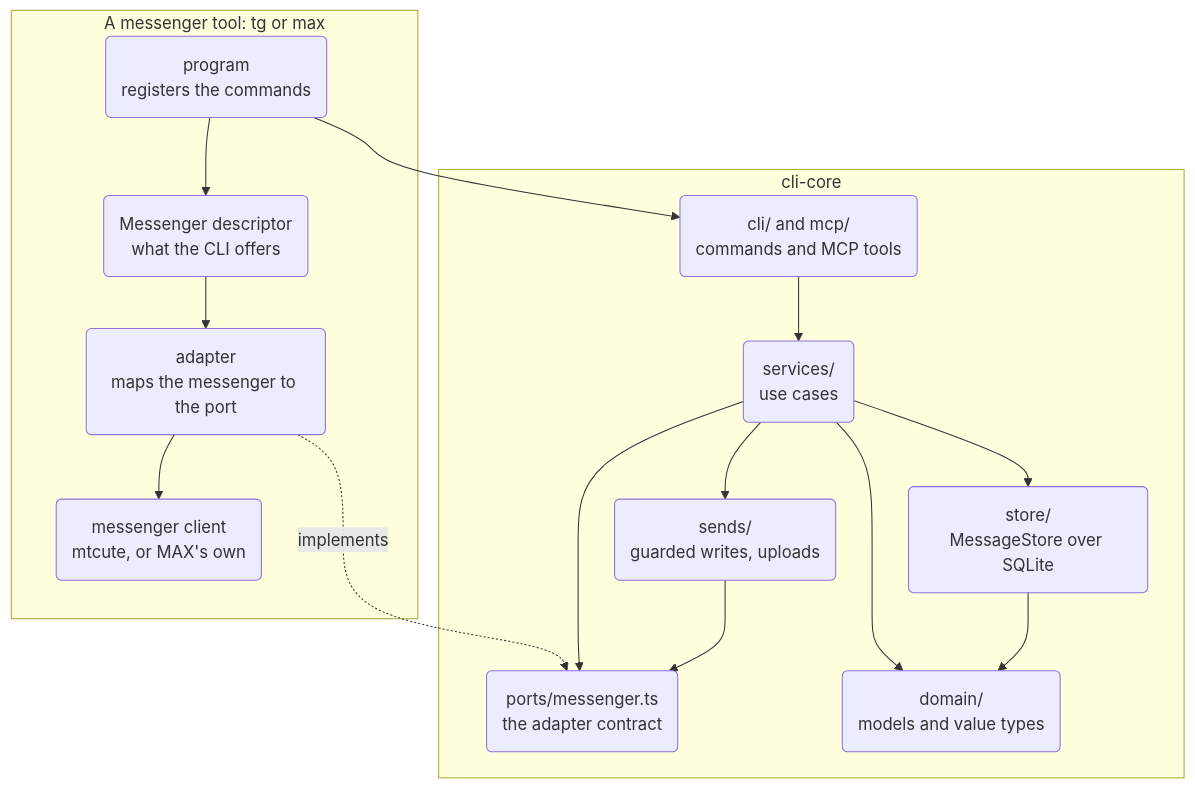
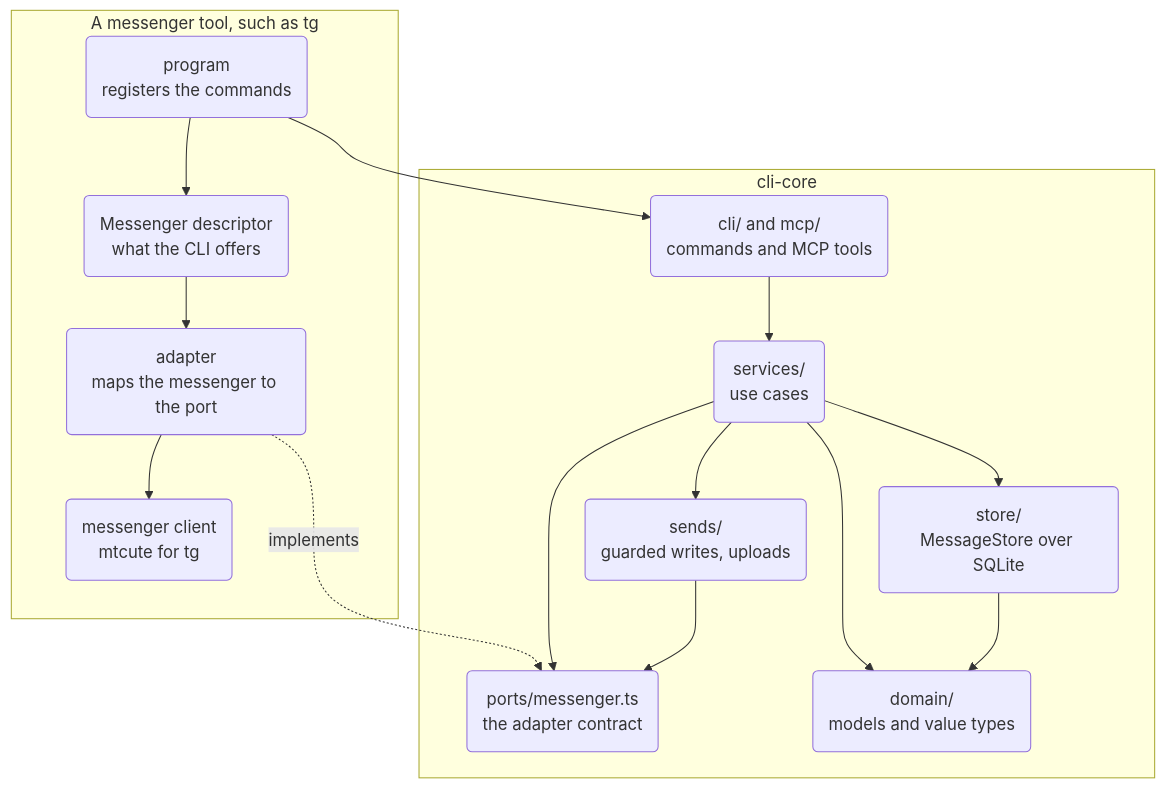
One commit to WireCatLabs/cli-docs changed the second of 5 diagrams in content/docs/code-design.mdx. Above: the diagram before and after it, drawn with Mermaid. The commit also changed other lines of this file and 2 other files, not shown here.

First line of the commit message:
docs(code-design): say what a port is; a clearer contract diagram; tg examples

````diff
--- a/content/docs/code-design.mdx
+++ b/content/docs/code-design.mdx
@@ -50,29 +59,29 @@
 ```mermaid The layers of cli-core and how a tool plugs in
 graph TB
-  subgraph TOOL["A messenger tool: tg or max"]
+  subgraph TOOL["A messenger tool, such as tg"]
     Program("program<br>registers the commands")
     Describe("Messenger descriptor<br>what the CLI offers")
     Adapter("adapter<br>maps the messenger to the port")
-    Client("messenger client<br>mtcute, or MAX's own")
+    Client("messenger client<br>mtcute for tg")
   end
   subgraph CORE["cli-core"]
     Cli("cli/ and mcp/<br>commands and MCP tools")
     Services("services/<br>use cases")
     Sends("sends/<br>guarded writes, uploads")
     Port("ports/messenger.ts<br>the adapter contract")
     Store("store/<br>MessageStore over SQLite")
     Domain("domain/<br>models and value types")
   end
   Program --> Cli
   Program --> Describe
   Describe --> Adapter
   Adapter --> Client
   Adapter -.->|implements| Port
   Cli --> Services
   Services --> Sends
   Services --> Port
   Services --> Store
   Sends --> Port
   Services --> Domain
   Store --> Domain
 ```
````
